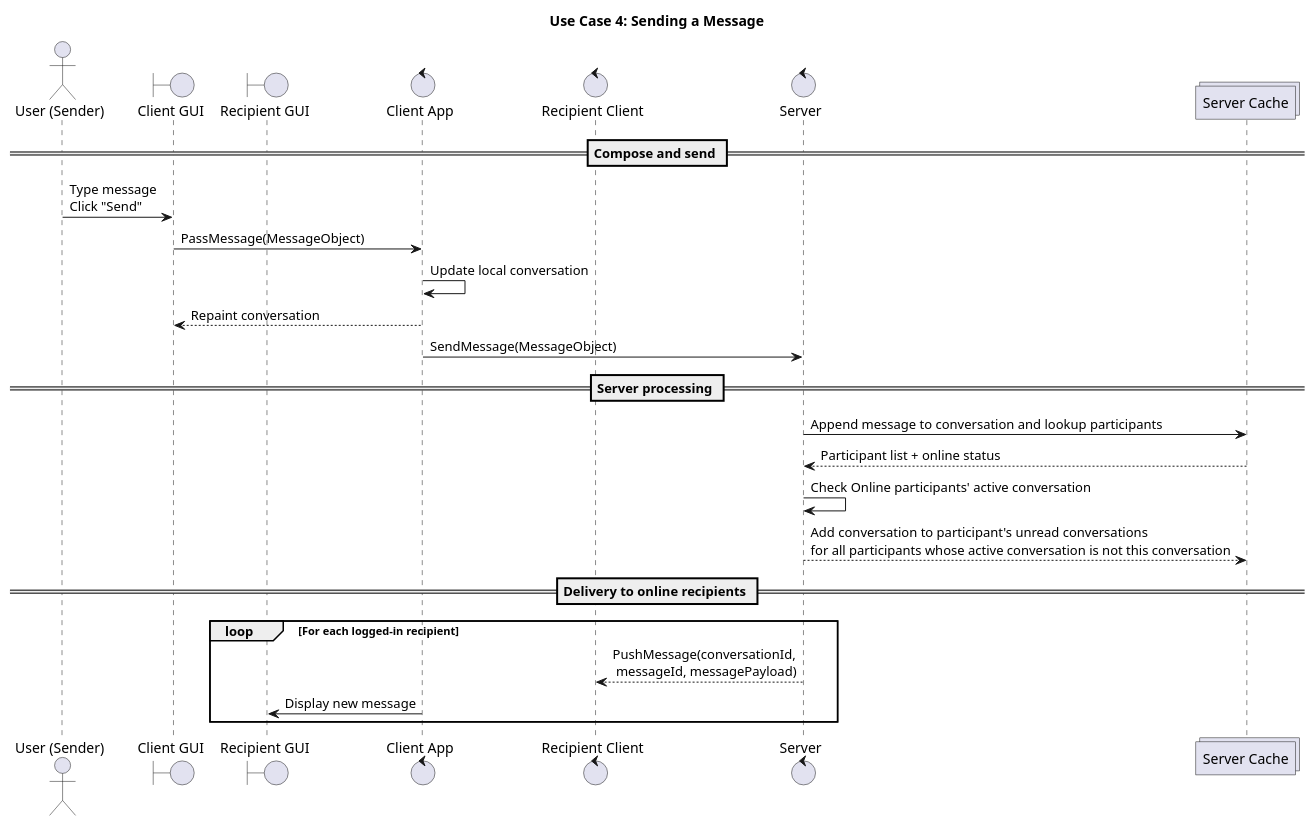
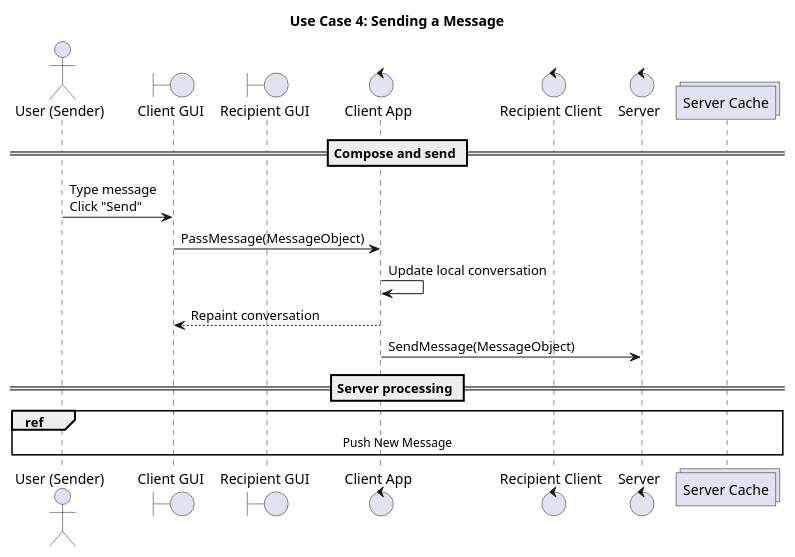
Before and after one commit to NubezVilla/CS_401_Group_1: the diagram in docs/diagrams/SequenceDiagrams/4-SendingAMessage.puml, drawn with PlantUML.

```diff
--- a/docs/diagrams/SequenceDiagrams/4-SendingAMessage.puml
+++ b/docs/diagrams/SequenceDiagrams/4-SendingAMessage.puml
@@ -1,29 +1,21 @@
 @startuml
 title Use Case 4: Sending a Message
 
 actor Sender as "User (Sender)"
 boundary GUI as "Client GUI"
 boundary cGUI as "Recipient GUI"
 control Client as "Client App"
 control Recipient as "Recipient Client"
 control Server as "Server"
 collections Cache as "Server Cache"
 
 == Compose and send ==
 Sender -> GUI: Type message\nClick "Send"
 GUI -> Client: PassMessage(MessageObject)
 Client -> Client: Update local conversation
 Client --> GUI: Repaint conversation
 Client -> Server: SendMessage(MessageObject)
 
 == Server processing ==
-Server -> Cache: Append message to conversation and lookup participants 
-Cache --> Server: Participant list + online status
-Server -> Server: Check Online participants' active conversation 
-Server --> Cache: Add conversation to participant's unread conversations\nfor all participants whose active conversation is not this conversation
-== Delivery to online recipients ==
-loop For each logged-in recipient
-  Server --> Recipient: PushMessage(conversationId,\n messageId, messagePayload)
-  Client -> cGUI: Display new message
-end
+ref over Sender, cGUI, Server, Cache, Recipient : Push New Message
 @enduml
```
